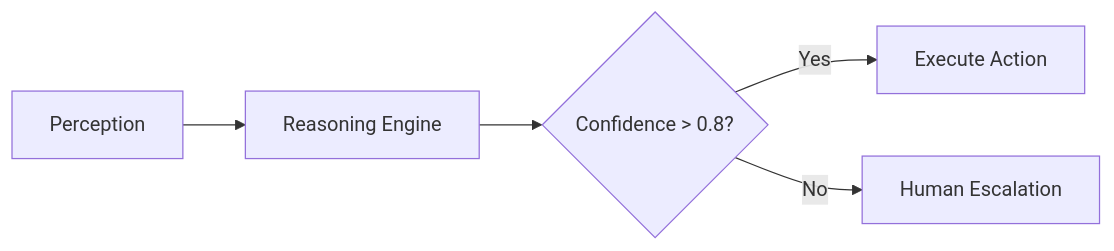
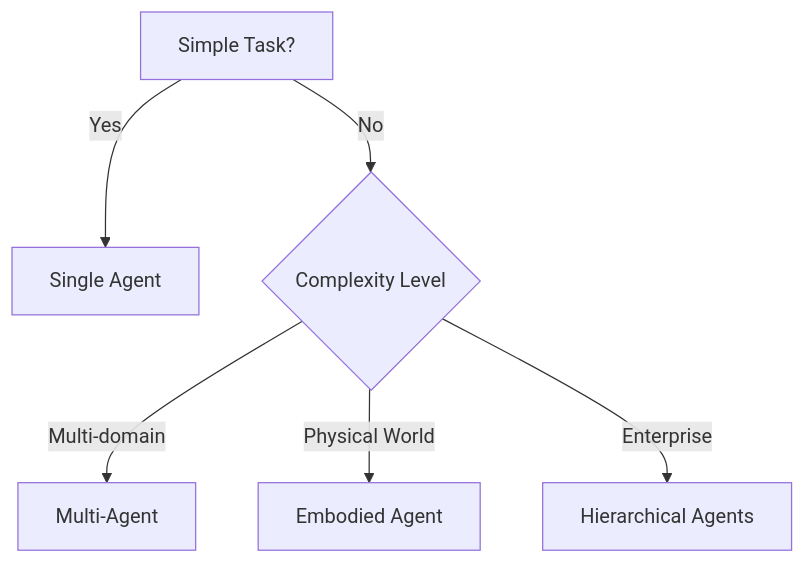
One commit to hafizhpratama/blog-starter changed the second of 2 diagrams in content/articles/how-to-build-ai-agents-a-complete-guide-for-2025.mdx. Above: the diagram before and after it, drawn with Mermaid. The commit also changed other lines of this file and 1 other file, not shown here.

````diff
--- a/content/articles/how-to-build-ai-agents-a-complete-guide-for-2025.mdx
+++ b/content/articles/how-to-build-ai-agents-a-complete-guide-for-2025.mdx
@@ -148,7 +99,8 @@
 ```mermaid
-graph LR
-A[Perception] --> B[Reasoning Engine]
-B --> C{Confidence > 0.8?}
-C -->|Yes| D[Execute Action]
-C -->|No| E[Human Escalation]
+graph TD
+A[Simple Task?] -->|Yes| B[Single Agent]
+A -->|No| C{Complexity Level}
+C -->|Multi-domain| D[Multi-Agent]
+C -->|Physical World| E[Embodied Agent]
+C -->|Enterprise| F[Hierarchical Agents]
 ```
````
